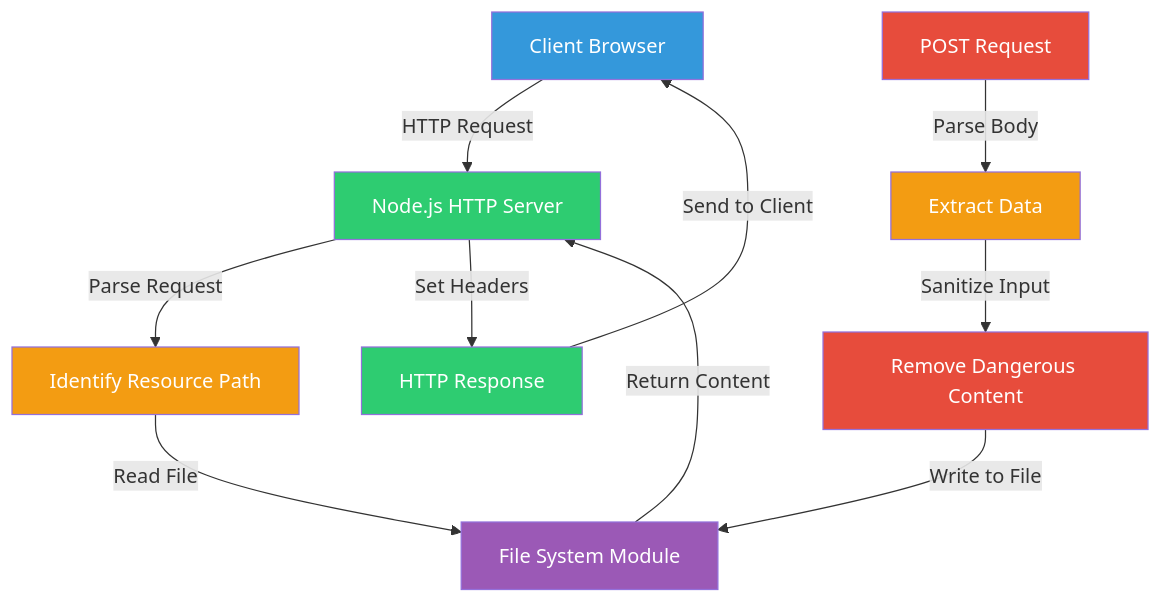
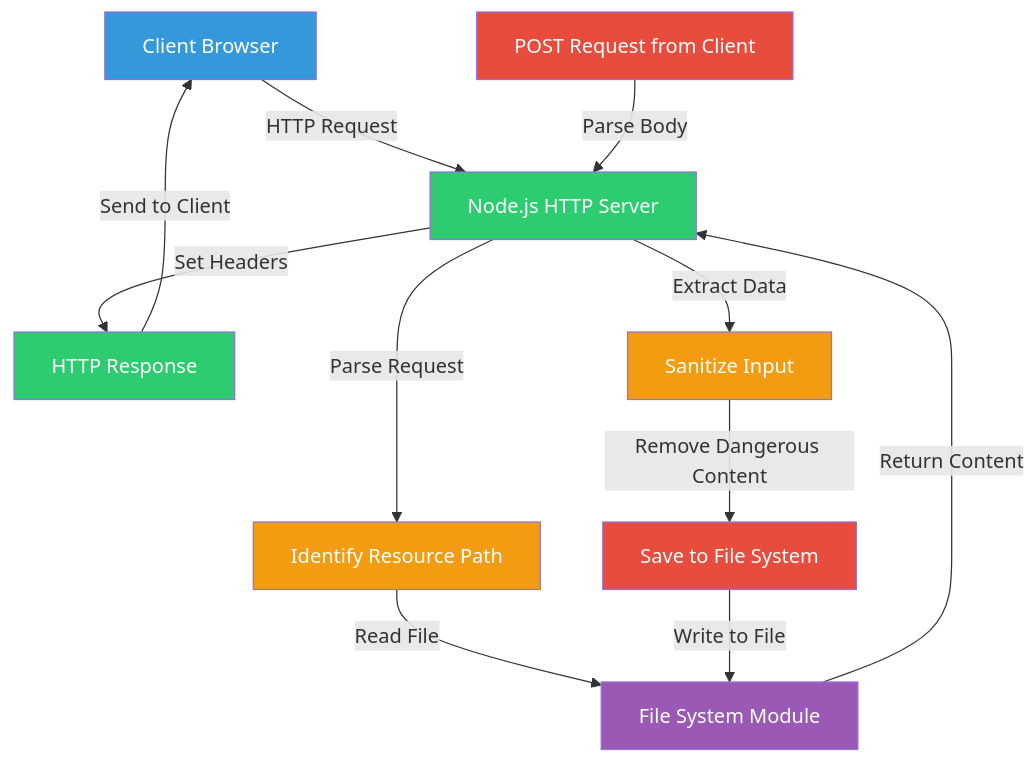
The first of 7 diagrams in Node.js/Learn-Node.js/Project/README.md (jtombo45/SeniorEngineerRoadmap), drawn with Mermaid before and after one commit.

Commit message:
Fix diagram rendering in Node.js Project README

````diff
--- a/Node.js/Learn-Node.js/Project/README.md
+++ b/Node.js/Learn-Node.js/Project/README.md
@@ -46,22 +46,23 @@
 ```mermaid
 flowchart TD
     A[Client Browser] -->|HTTP Request| B[Node.js HTTP Server]
     B -->|Parse Request| C[Identify Resource Path]
     C -->|Read File| D[File System Module]
     D -->|Return Content| B
     B -->|Set Headers| E[HTTP Response]
     E -->|Send to Client| A
     
-    F[POST Request] -->|Parse Body| G[Extract Data]
-    G -->|Sanitize Input| H[Remove Dangerous Content]
+    F[POST Request from Client] -->|Parse Body| B
+    B -->|Extract Data| G[Sanitize Input]
+    G -->|Remove Dangerous Content| H[Save to File System]
     H -->|Write to File| D
     
     style A fill:#3498DB,color:#fff
     style B fill:#2ECC71,color:#fff
     style C fill:#F39C12,color:#fff
     style D fill:#9B59B6,color:#fff
     style E fill:#2ECC71,color:#fff
     style F fill:#E74C3C,color:#fff
     style G fill:#F39C12,color:#fff
     style H fill:#E74C3C,color:#fff
 ```
````
